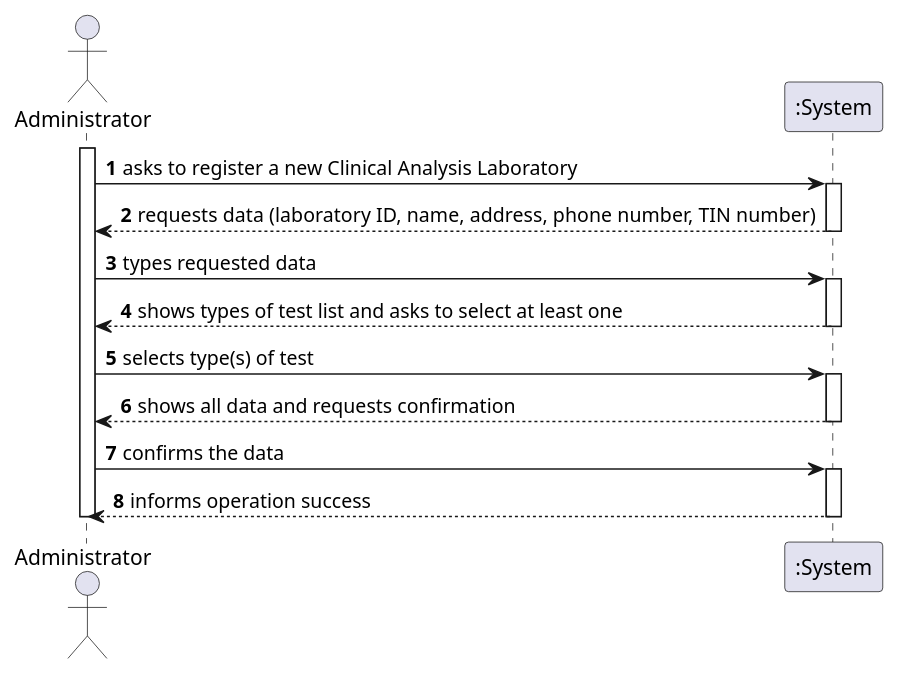
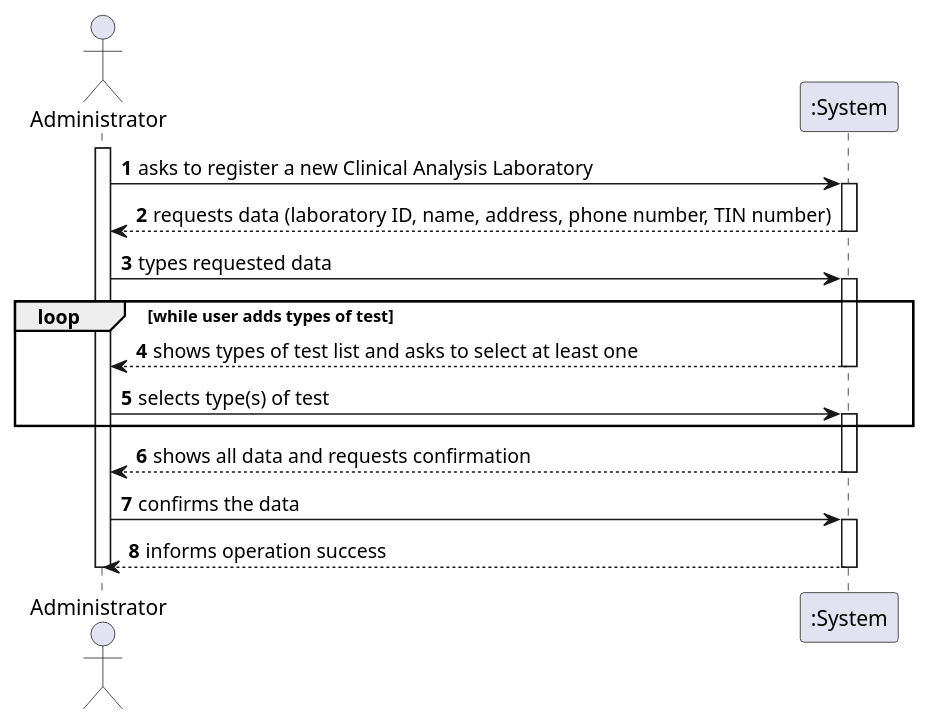
The diagram in docs/SprintB/US_8/US8_SSD.puml (ana-albergaria/LAPR2-ISEP), drawn with PlantUML before and after one commit. The commit also changed 1 other file, not shown here.

Commit message:
Correcting Diagrams and Starting DTOs

```diff
--- a/docs/SprintB/US_8/US8_SSD.puml
+++ b/docs/SprintB/US_8/US8_SSD.puml
@@ -1,29 +1,32 @@
 @startuml
 autonumber
 actor Administrator as A
 
 activate A
 A -> ":System" : asks to register a new Clinical Analysis Laboratory
 activate ":System"
 ":System" --> A : requests data (laboratory ID, name, address, phone number, TIN number)
 deactivate ":System"
 
 A -> ":System" : types requested data
 activate ":System"
-/'CONFIRMAR ESTE PASSO COM O CLIENTE - SERÁ QUE TEM MESMO DE SELECIONAR PELO MENOS 1?'/
+
+loop while user adds types of test
 ":System" --> A : shows types of test list and asks to select at least one
 deactivate ":System"
 
 A -> ":System" : selects type(s) of test
 activate ":System"
+end
+
 ":System" --> A : shows all data and requests confirmation
 deactivate ":System"
 
 A -> ":System" : confirms the data
 activate ":System"
 ":System" --> A : informs operation success
 deactivate ":System"
 
 deactivate A
 
 @enduml
```
